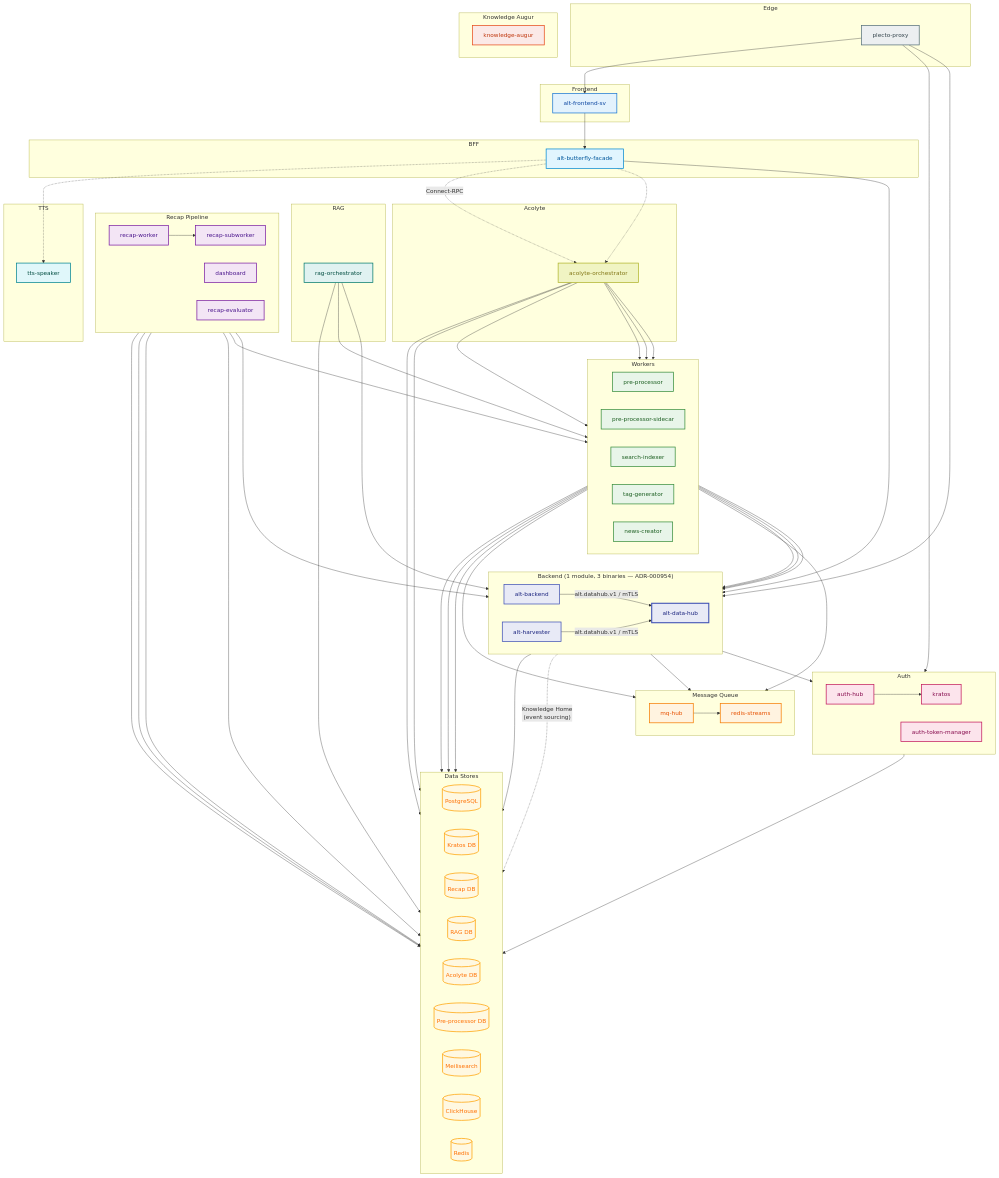
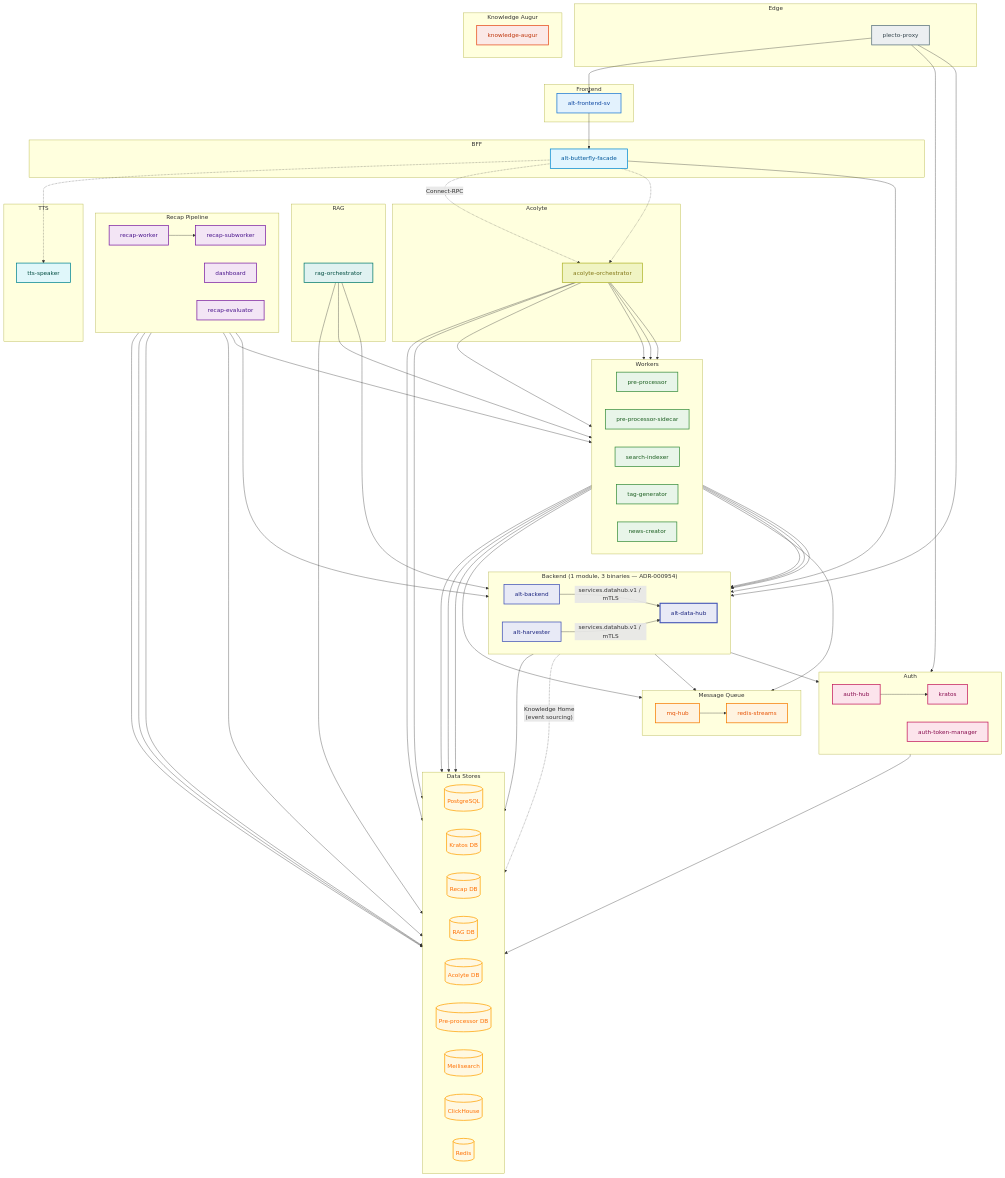
The diagram in docs/services/MICROSERVICES.md (Kaikei-e/Alt), drawn with Mermaid before and after one commit. The commit also changed other lines of this file and 224 other files, not shown here.

```diff
--- a/docs/services/MICROSERVICES.md
+++ b/docs/services/MICROSERVICES.md
@@ -248,10 +248,10 @@
 
     %% alt-db ownership (ADR-000241 + ADR-000954): alt-data-hub is the only
     %% process holding a DB DSN. Everyone else, alt-backend and alt-harvester
-    %% included, goes through alt.datahub.v1.DataHubService over mTLS :9443.
+    %% included, goes through services.datahub.v1.DataHubService over mTLS :9443.
     alt-data-hub --> db
-    alt-backend -->|"alt.datahub.v1 / mTLS"| alt-data-hub
-    alt-harvester -->|"alt.datahub.v1 / mTLS"| alt-data-hub
+    alt-backend -->|"services.datahub.v1 / mTLS"| alt-data-hub
+    alt-harvester -->|"services.datahub.v1 / mTLS"| alt-data-hub
     alt-data-hub -.->|"Knowledge Home\n(event sourcing)"| db
 
     %% Worker connections
```
